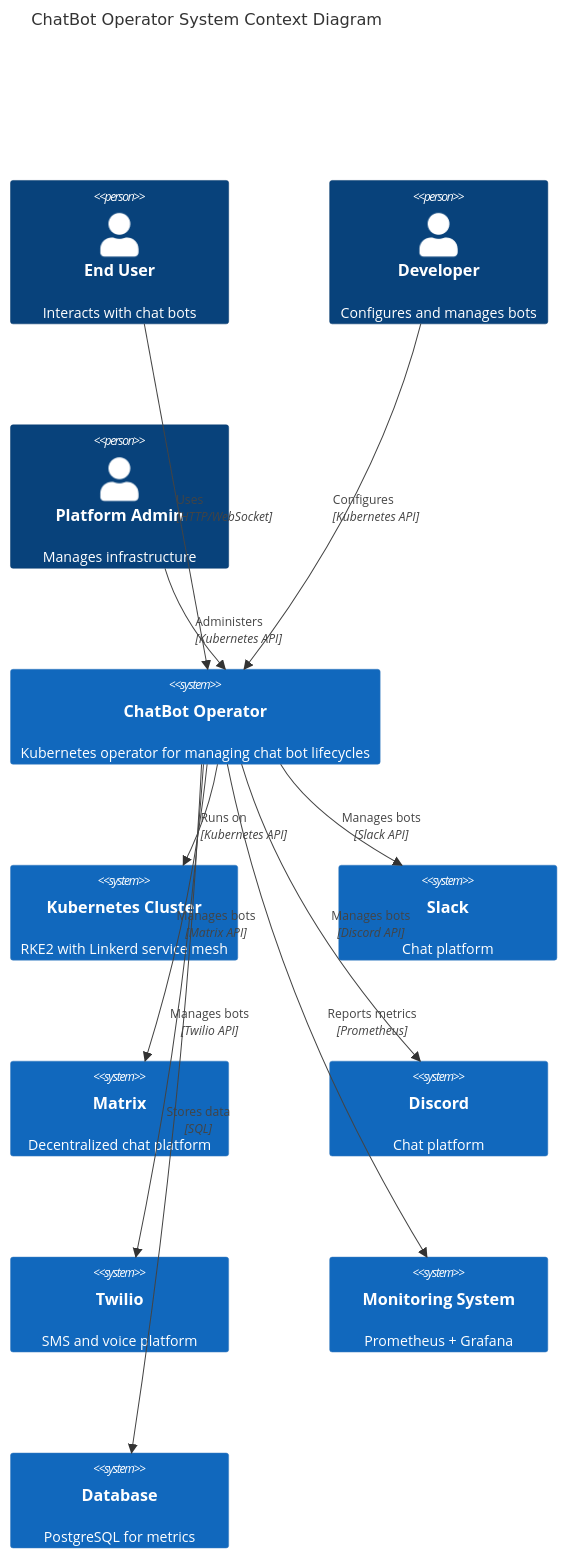
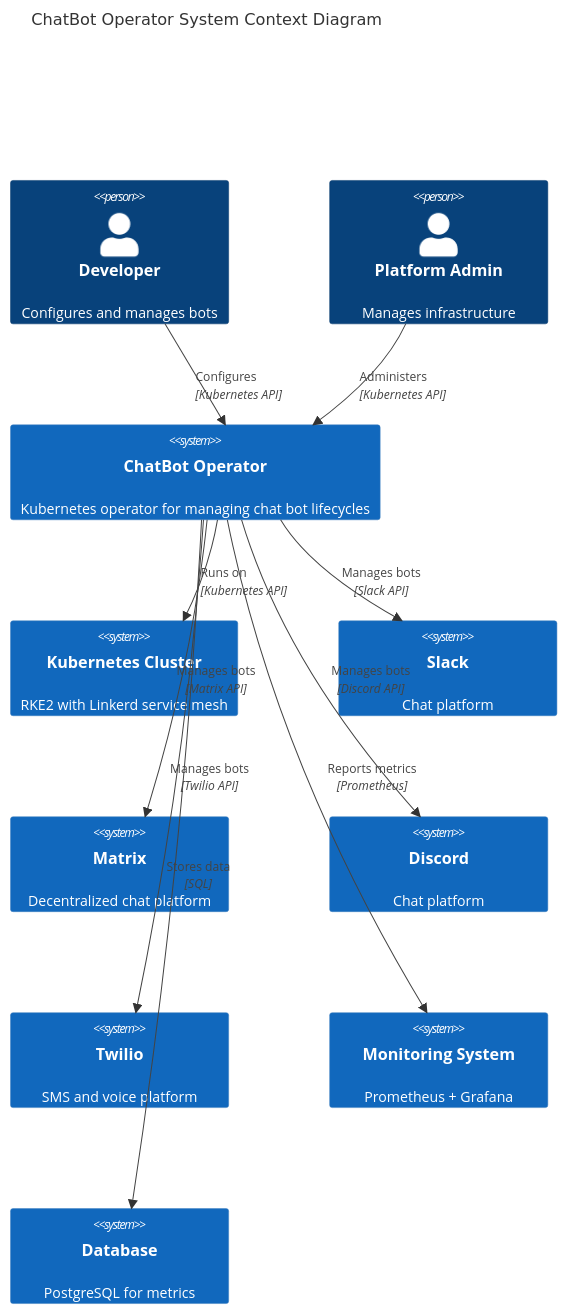
One commit to FruityWelsh/bot-maker changed the first of 15 diagrams in docs/diagrams.md. Above: the diagram before and after it, drawn with Mermaid. The commit also changed other lines of this file, not shown here.

Commit message:
Remove End User from system context diagram
- Remove End User person from system context diagram
- Remove End User relationship to ChatBot Operator
- Update description to clarify end user interfaces are out of scope
- End user interaction is managed by App Dev teams, not the operator

The operator now correctly shows only Platform Admin and Developer as the relevant actors.

References: docs/cubejs/metrics.yaml (upstream)
Downstream: features/chatbot.feature

````diff
--- a/docs/diagrams.md
+++ b/docs/diagrams.md
@@ -38,30 +38,28 @@
 ```mermaid
 C4Context
     title ChatBot Operator System Context Diagram
     
-    Person(user, "End User", "Interacts with chat bots")
     Person(dev, "Developer", "Configures and manages bots")
     Person(admin, "Platform Admin", "Manages infrastructure")
     
     System(chatbotOperator, "ChatBot Operator", "Kubernetes operator for managing chat bot lifecycles")
     
     System(kubernetes, "Kubernetes Cluster", "RKE2 with Linkerd service mesh")
     System(slack, "Slack", "Chat platform")
     System(matrix, "Matrix", "Decentralized chat platform")
     System(discord, "Discord", "Chat platform")
     System(twilio, "Twilio", "SMS and voice platform")
     System(monitoring, "Monitoring System", "Prometheus + Grafana")
     System(database, "Database", "PostgreSQL for metrics")
     
-    Rel(user, chatbotOperator, "Uses", "HTTP/WebSocket")
     Rel(dev, chatbotOperator, "Configures", "Kubernetes API")
     Rel(admin, chatbotOperator, "Administers", "Kubernetes API")
     
     Rel(chatbotOperator, kubernetes, "Runs on", "Kubernetes API")
     Rel(chatbotOperator, slack, "Manages bots", "Slack API")
     Rel(chatbotOperator, matrix, "Manages bots", "Matrix API")
     Rel(chatbotOperator, discord, "Manages bots", "Discord API")
     Rel(chatbotOperator, twilio, "Manages bots", "Twilio API")
     Rel(chatbotOperator, monitoring, "Reports metrics", "Prometheus")
     Rel(chatbotOperator, database, "Stores data", "SQL")
 ```
````
